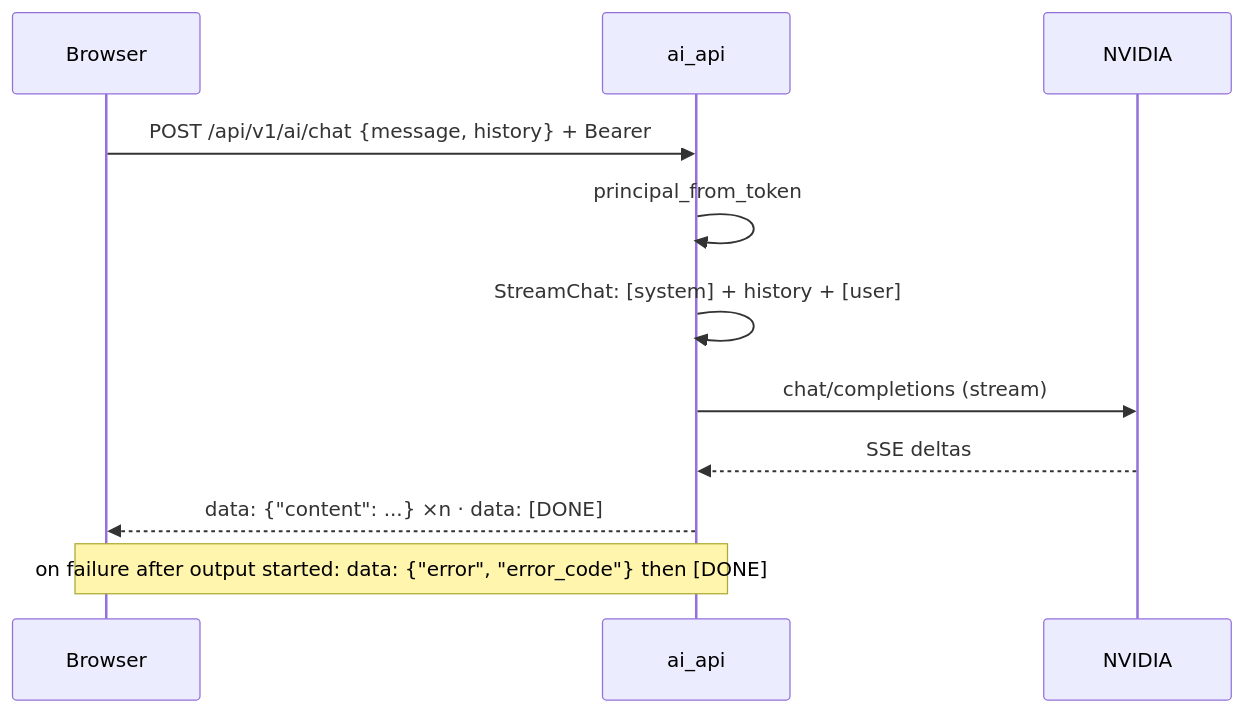
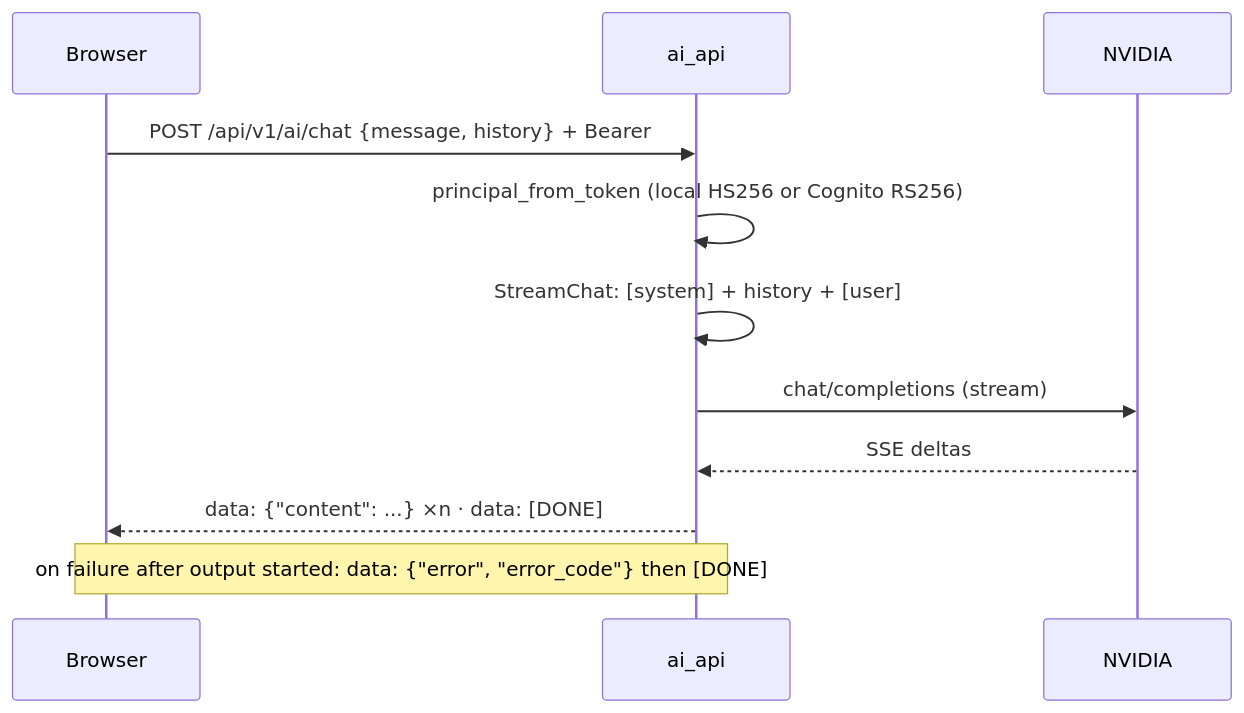
The fourth of 4 diagrams in docs/architecture/overview.md (Joakamakaka1/travel-ai-world), drawn with Mermaid before and after one commit. The commit also changed other lines of this file and 68 other files, not shown here.

````diff
--- a/docs/architecture/overview.md
+++ b/docs/architecture/overview.md
@@ -78,13 +117,13 @@
 ```mermaid
 sequenceDiagram
     participant B as Browser
     participant A as ai_api
     participant N as NVIDIA
     B->>A: POST /api/v1/ai/chat {message, history} + Bearer
-    A->>A: principal_from_token
+    A->>A: principal_from_token (local HS256 or Cognito RS256)
     A->>A: StreamChat: [system] + history + [user]
     A->>N: chat/completions (stream)
     N-->>A: SSE deltas
     A-->>B: data: {"content": ...} ×n · data: [DONE]
     Note over A,B: on failure after output started: data: {"error", "error_code"} then [DONE]
 ```
````
